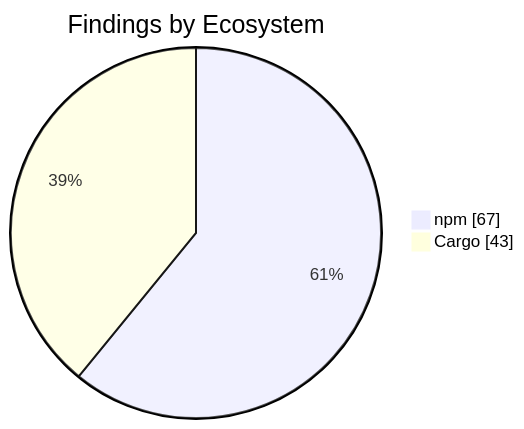
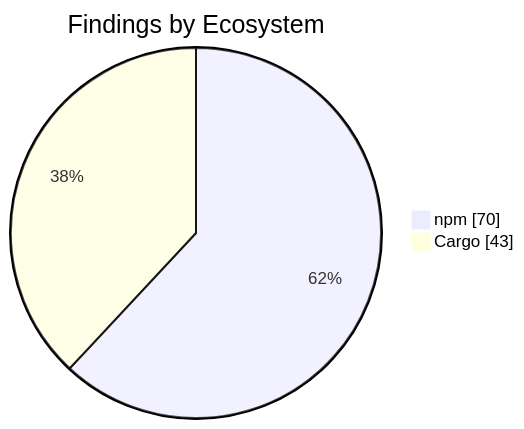
The second of 2 diagrams in apps/kbve/astro-kbve/src/content/docs/dashboard/security.mdx (KBVE/kbve), drawn with Mermaid before and after one commit. The commit also changed other lines of this file and 7 other files, not shown here.

````diff
--- a/apps/kbve/astro-kbve/src/content/docs/dashboard/security.mdx
+++ b/apps/kbve/astro-kbve/src/content/docs/dashboard/security.mdx
@@ -72,6 +72,6 @@
 ```mermaid
 pie showData
     title Findings by Ecosystem
-    "npm" : 67
+    "npm" : 70
     "Cargo" : 43
 ```
````
